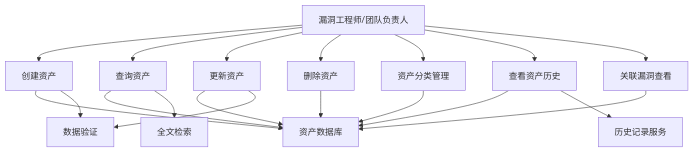
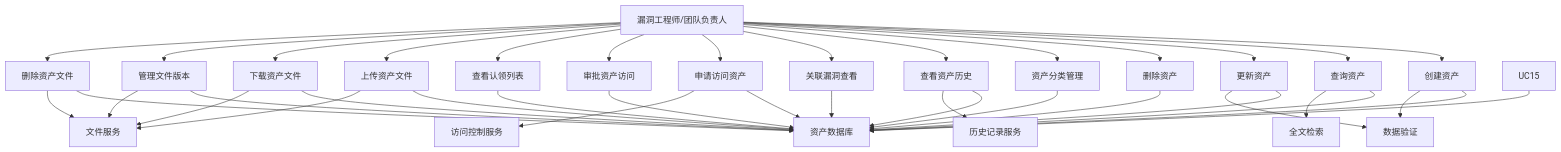
The second of 8 diagrams in docs/design/use_case.md (dayutech/Vuln-Audit-Lifecycle-Management), drawn with Mermaid before and after one commit. The commit also changed other lines of this file and 10 other files, not shown here.

````diff
--- a/docs/design/use_case.md
+++ b/docs/design/use_case.md
@@ -114,23 +116,43 @@
 ```mermaid
 graph TD
     Actor["漏洞工程师/团队负责人"] --> UC1["创建资产"]
     Actor --> UC2["查询资产"]
     Actor --> UC3["更新资产"]
     Actor --> UC4["删除资产"]
     Actor --> UC5["资产分类管理"]
     Actor --> UC6["查看资产历史"]
     Actor --> UC7["关联漏洞查看"]
+    Actor --> UC8["申请访问资产"]
+    Actor --> UC9["审批资产访问"]
+    Actor --> UC10["查看认领列表"]
+    Actor --> UC11["上传资产文件"]
+    Actor --> UC12["下载资产文件"]
+    Actor --> UC13["管理文件版本"]
+    Actor --> UC14["删除资产文件"]
     
     UC1 --> DB["资产数据库"]
     UC2 --> DB
     UC3 --> DB
     UC4 --> DB
     UC5 --> DB
     UC6 --> DB
     UC7 --> DB
+    UC8 --> DB
+    UC9 --> DB
+    UC10 --> DB
+    UC11 --> DB
+    UC12 --> DB
+    UC13 --> DB
+    UC14 --> DB
+    UC15 --> DB
     
     UC1 --> Validate["数据验证"]
     UC2 --> Search["全文检索"]
     UC3 --> Validate
     UC6 --> History["历史记录服务"]
+    UC8 --> AccessControl["访问控制服务"]
+    UC11 --> FileService["文件服务"]
+    UC12 --> FileService
+    UC13 --> FileService
+    UC14 --> FileService
 ```
````
